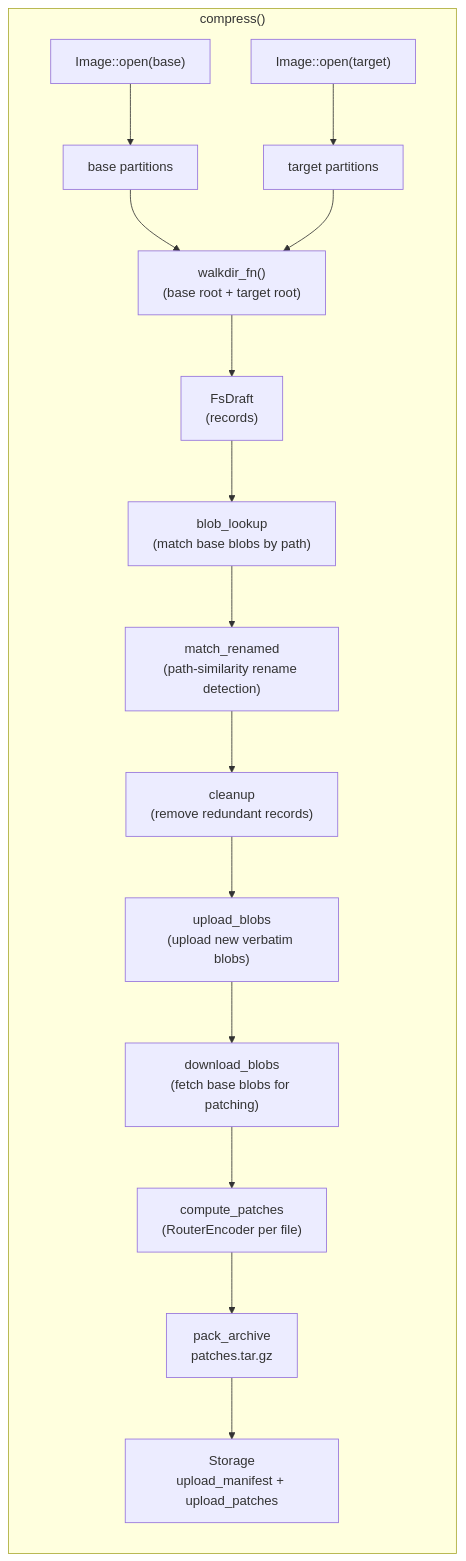
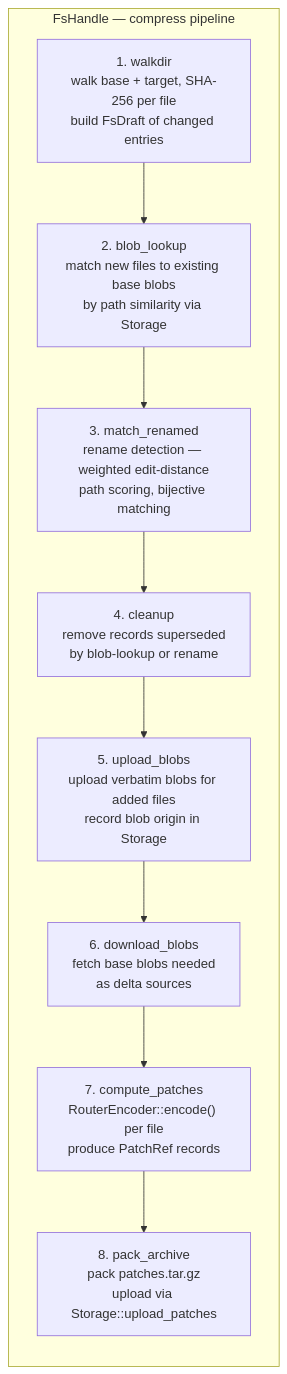
The fifth of 7 diagrams in book/src/architecture.md (JulesIMF/imgdelta), drawn with Mermaid before and after one commit. The commit also changed other lines of this file and 6 other files, not shown here.

First line of the commit message:
docs: refactor architecture documentation and improve clarity

````diff
--- a/book/src/architecture.md
+++ b/book/src/architecture.md
@@ -10,19 +259,15 @@
 ```mermaid
 flowchart TD
-    subgraph compress["compress()"]
+    subgraph fspipe["FsHandle — compress pipeline"]
         direction TB
-        IB["Image::open(base)"] --> PB["base partitions"]
-        IT["Image::open(target)"] --> PT["target partitions"]
-        PB --> WD["walkdir_fn()\n(base root + target root)"]
-        PT --> WD
-        WD --> FD["FsDraft\n(records)"]
-        FD --> BL["blob_lookup\n(match base blobs by path)"]
-        BL --> MR["match_renamed\n(path-similarity rename detection)"]
-        MR --> CL["cleanup\n(remove redundant records)"]
-        CL --> UB["upload_blobs\n(upload new verbatim blobs)"]
-        UB --> DB["download_blobs\n(fetch base blobs for patching)"]
-        DB --> CP["compute_patches\n(RouterEncoder per file)"]
-        CP --> PA["pack_archive\npatches.tar.gz"]
-        PA --> ST["Storage\nupload_manifest + upload_patches"]
+        WD["1. walkdir<br/>walk base + target, SHA-256 per file<br/>build FsDraft of changed entries"]
+        BL["2. blob_lookup<br/>match new files to existing base blobs<br/>by path similarity via Storage"]
+        MR["3. match_renamed<br/>rename detection — weighted edit-distance<br/>path scoring, bijective matching"]
+        CL["4. cleanup<br/>remove records superseded<br/>by blob-lookup or rename"]
+        UB["5. upload_blobs<br/>upload verbatim blobs for added files<br/>record blob origin in Storage"]
+        DB["6. download_blobs<br/>fetch base blobs needed<br/>as delta sources"]
+        CP["7. compute_patches<br/>RouterEncoder::encode() per file<br/>produce PatchRef records"]
+        PA["8. pack_archive<br/>pack patches.tar.gz<br/>upload via Storage::upload_patches"]
+        WD --> BL --> MR --> CL --> UB --> DB --> CP --> PA
     end
 ```
````
